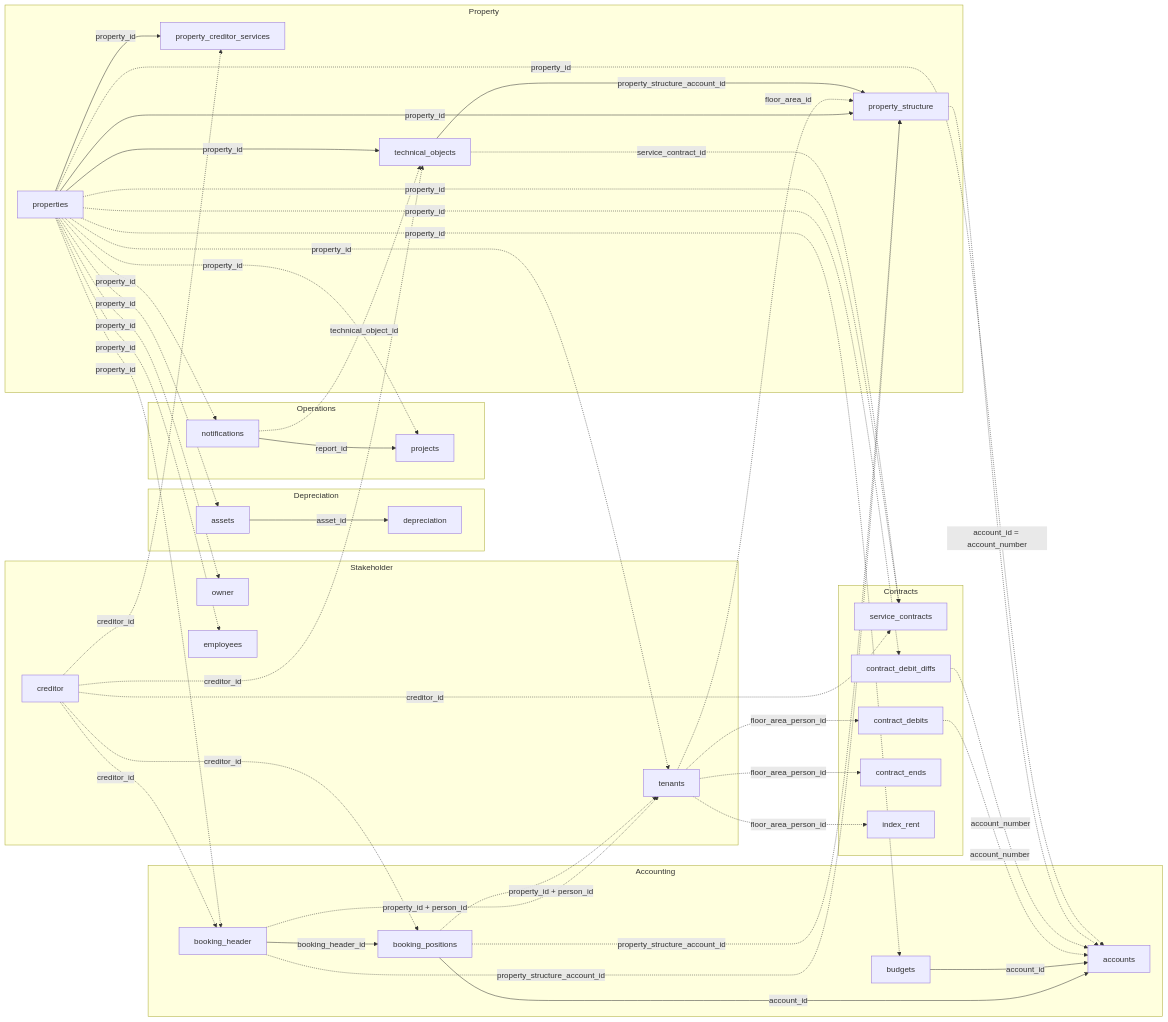
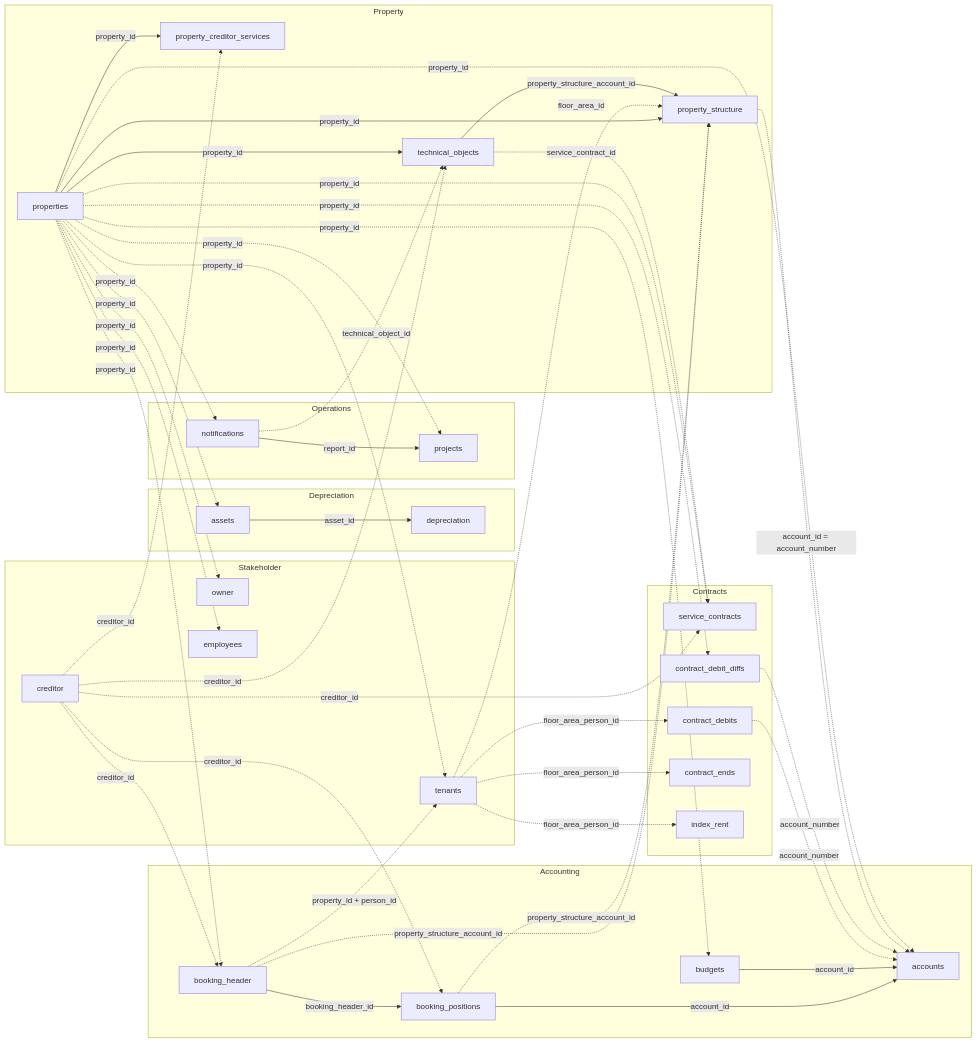
The diagram in de/v1/data-model/overview.mdx (Trassets-ai/api-docs), drawn with Mermaid before and after one commit. The commit also changed 3 other files, not shown here.

First line of the commit message:
fix: booking_positions.person_id nicht mit tenants verknüpfbar (EN+DE)

````diff
--- a/de/v1/data-model/overview.mdx
+++ b/de/v1/data-model/overview.mdx
@@ -44,82 +44,81 @@
 ```mermaid
 graph LR
   subgraph Property
     properties["properties"]
     technical_objects["technical_objects"]
     property_creditor_services["property_creditor_services"]
     property_structure["property_structure"]
   end
 
   subgraph Accounting
     booking_header["booking_header"]
     booking_positions["booking_positions"]
     accounts["accounts"]
     budgets["budgets"]
   end
 
   subgraph Contracts
     service_contracts["service_contracts"]
     contract_debit_diffs["contract_debit_diffs"]
     contract_debits["contract_debits"]
     contract_ends["contract_ends"]
     index_rent["index_rent"]
   end
 
   subgraph Depreciation
     assets["assets"]
     depreciation["depreciation"]
   end
 
   subgraph Operations
     notifications["notifications"]
     projects["projects"]
   end
 
   subgraph Stakeholder
     creditor["creditor"]
     tenants["tenants"]
     owner["owner"]
     employees["employees"]
   end
 
   properties -.->|property_id| booking_header
   properties -.->|property_id| notifications
   properties -.->|property_id| projects
   properties -->|property_id| technical_objects
   properties -->|property_id| property_creditor_services
   properties -->|property_id| property_structure
   properties -.->|property_id| budgets
   properties -.->|property_id| tenants
   properties -.->|property_id| owner
   properties -.->|property_id| employees
   properties -.->|property_id| service_contracts
   properties -.->|property_id| contract_debit_diffs
   properties -.->|property_id| assets
 
   booking_header -->|booking_header_id| booking_positions
   booking_positions -->|account_id| accounts
   budgets -->|account_id| accounts
   contract_debits -.->|account_number| accounts
   contract_debit_diffs -.->|account_number| accounts
   property_structure -.->|account_id = account_number| accounts
   properties -.->|property_id| accounts
   notifications -.->|technical_object_id| technical_objects
   notifications -->|report_id| projects
   technical_objects -.->|service_contract_id| service_contracts
   booking_header -.->|property_id + person_id| tenants
-  booking_positions -.->|property_id + person_id| tenants
   tenants -.->|floor_area_person_id| contract_debits
   tenants -.->|floor_area_person_id| contract_ends
   tenants -.->|floor_area_person_id| index_rent
   tenants -.->|floor_area_id| property_structure
   booking_header -.->|property_structure_account_id| property_structure
   booking_positions -.->|property_structure_account_id| property_structure
   technical_objects -->|property_structure_account_id| property_structure
   assets -->|asset_id| depreciation
 
   creditor -.->|creditor_id| technical_objects
   creditor -.->|creditor_id| property_creditor_services
   creditor -.->|creditor_id| service_contracts
   creditor -.->|creditor_id| booking_header
   creditor -.->|creditor_id| booking_positions
 ```
````
